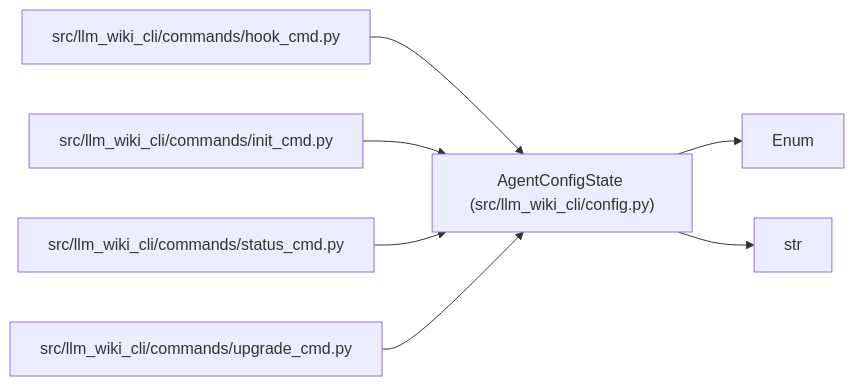
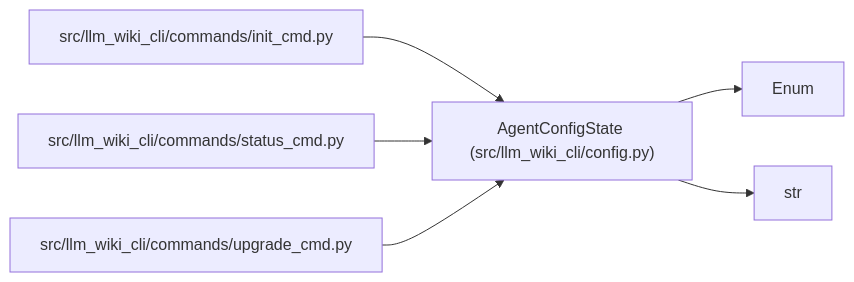
Before and after one commit to Denissvgn/python-wiki-llm: the diagram in docs/llm_wiki/entities/AgentConfigState.md, drawn with Mermaid. The commit also changed other lines of this file and 35 other files, not shown here.

Commit message:
docs: refresh wiki after Git hook retirement

````diff
--- a/docs/llm_wiki/entities/AgentConfigState.md
+++ b/docs/llm_wiki/entities/AgentConfigState.md
@@ -28,21 +28,18 @@
 ```mermaid
 flowchart LR
     n0["AgentConfigState (src/llm_wiki_cli/config.py)"]
     n1["Enum"]
     n2["str"]
-    n3["src/llm_wiki_cli/commands/hook_cmd.py"]
-    n4["src/llm_wiki_cli/commands/init_cmd.py"]
-    n5["src/llm_wiki_cli/commands/status_cmd.py"]
-    n6["src/llm_wiki_cli/commands/upgrade_cmd.py"]
+    n3["src/llm_wiki_cli/commands/init_cmd.py"]
+    n4["src/llm_wiki_cli/commands/status_cmd.py"]
+    n5["src/llm_wiki_cli/commands/upgrade_cmd.py"]
     n0 --> n1
     n0 --> n2
     n3 --> n0
     n4 --> n0
     n5 --> n0
-    n6 --> n0
     click n0 "../modules/config.md"
-    click n3 "../modules/hook_cmd.md"
-    click n4 "../modules/init_cmd.md"
-    click n5 "../modules/status_cmd.md"
-    click n6 "../modules/upgrade_cmd.md"
+    click n3 "../modules/init_cmd.md"
+    click n4 "../modules/status_cmd.md"
+    click n5 "../modules/upgrade_cmd.md"
 ```
````
